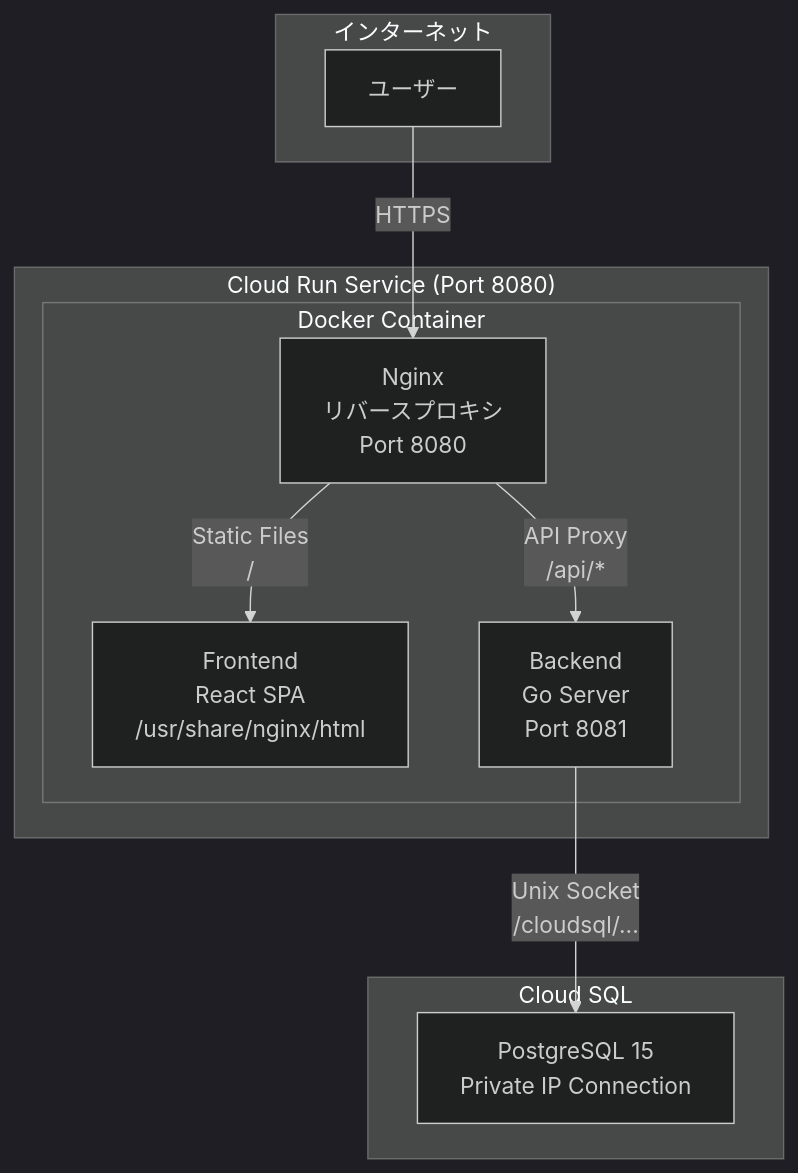
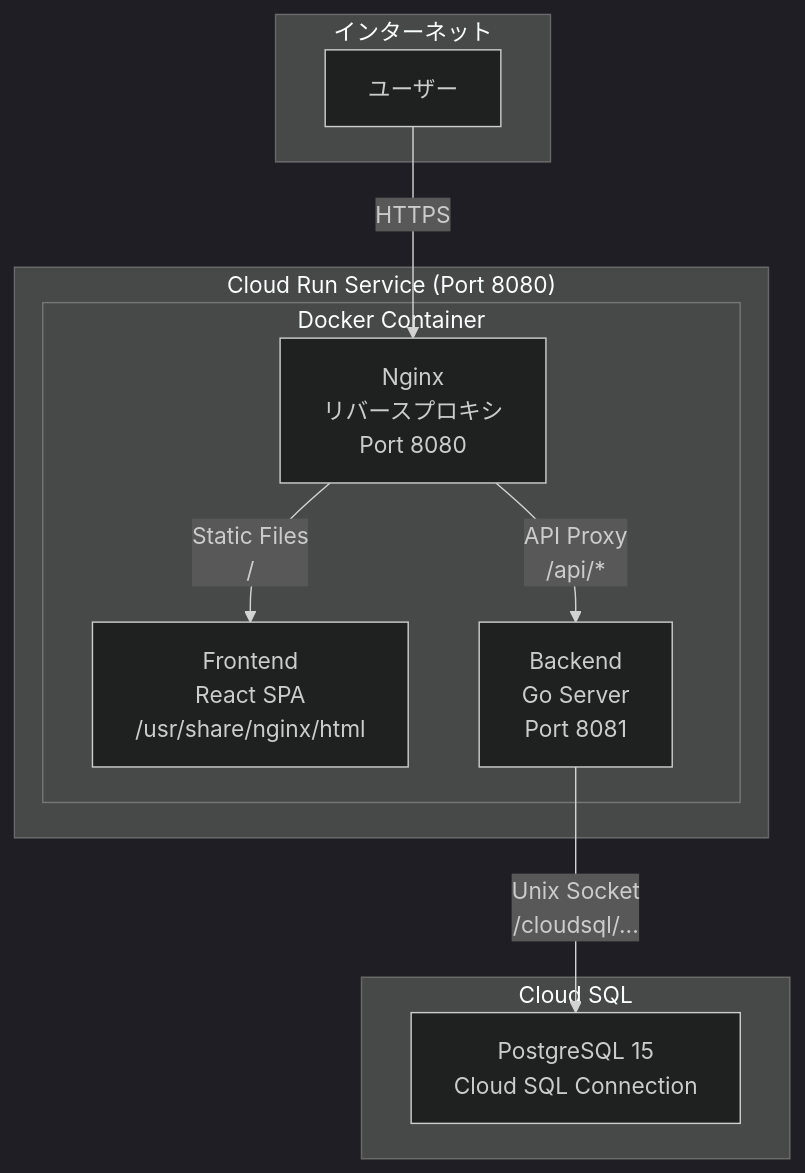
The diagram in docs/deploy-gcp-cloud-run.md (s0nmy/ChronoMe), drawn with Mermaid (dark theme) before and after one commit. The commit also changed other lines of this file and 2 other files, not shown here.

Commit message:
feat(infra): Cloud Run向けのDockerfileを更新

````diff
--- a/docs/deploy-gcp-cloud-run.md
+++ b/docs/deploy-gcp-cloud-run.md
@@ -19,23 +19,23 @@
 ```mermaid
 graph TB
     subgraph Internet["インターネット"]
         User[ユーザー]
     end
 
     subgraph CloudRun["Cloud Run Service (Port 8080)"]
         subgraph Container["Docker Container"]
             Nginx["Nginx<br/>リバースプロキシ<br/>Port 8080"]
             Frontend["Frontend<br/>React SPA<br/>/usr/share/nginx/html"]
             Backend["Backend<br/>Go Server<br/>Port 8081"]
         end
     end
 
     subgraph CloudSQL["Cloud SQL"]
-        DB["PostgreSQL 15<br/>Private IP Connection"]
+        DB["PostgreSQL 15<br/>Cloud SQL Connection"]
     end
 
     User -->|HTTPS| Nginx
     Nginx -->|Static Files<br/>/| Frontend
     Nginx -->|API Proxy<br/>/api/*| Backend
     Backend -->|Unix Socket<br/>/cloudsql/...| DB
 ```
````
